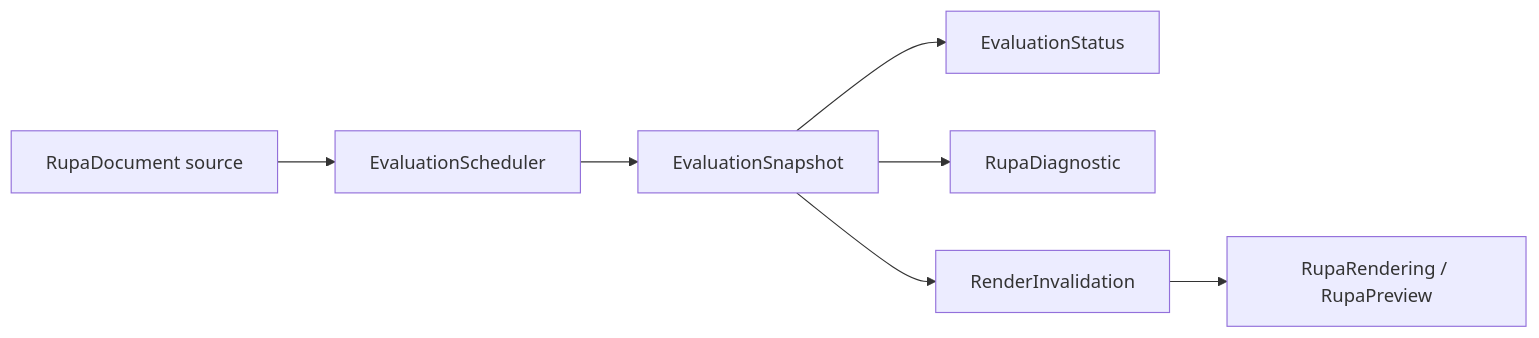
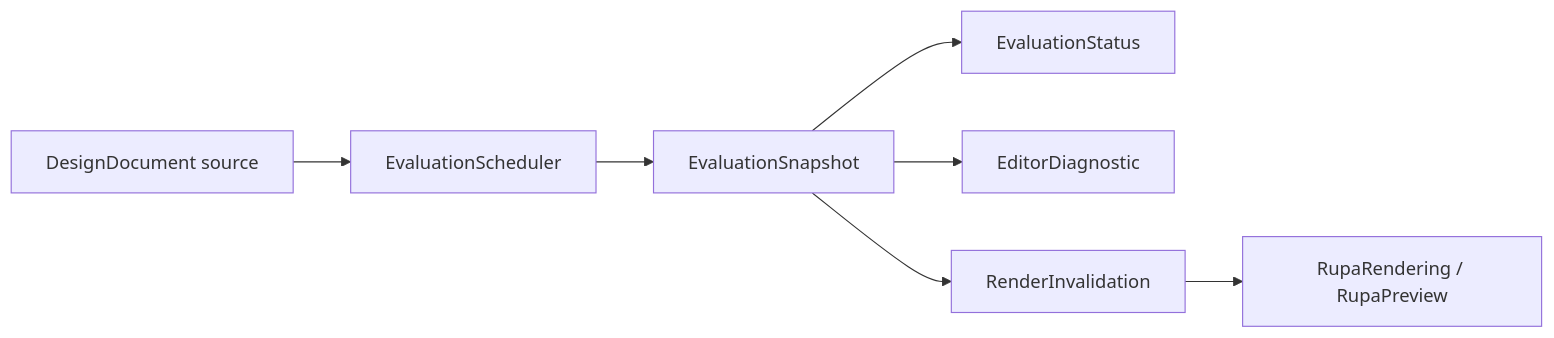
Before and after one commit to 1amageek/Rupa: diagram 13 of 20 in Rupa/SPEC.md, drawn with Mermaid. The commit also changed other lines of this file and 153 other files, not shown here.

````diff
--- a/Rupa/SPEC.md
+++ b/Rupa/SPEC.md
@@ -471,9 +552,9 @@
 ```mermaid
 flowchart LR
-    Source["RupaDocument source"] --> Scheduler["EvaluationScheduler"]
+    Source["DesignDocument source"] --> Scheduler["EvaluationScheduler"]
     Scheduler --> Snapshot["EvaluationSnapshot"]
     Snapshot --> Status["EvaluationStatus"]
-    Snapshot --> Diagnostics["RupaDiagnostic"]
+    Snapshot --> Diagnostics["EditorDiagnostic"]
     Snapshot --> Invalidation["RenderInvalidation"]
     Invalidation --> Viewport["RupaRendering / RupaPreview"]
 ```
````
